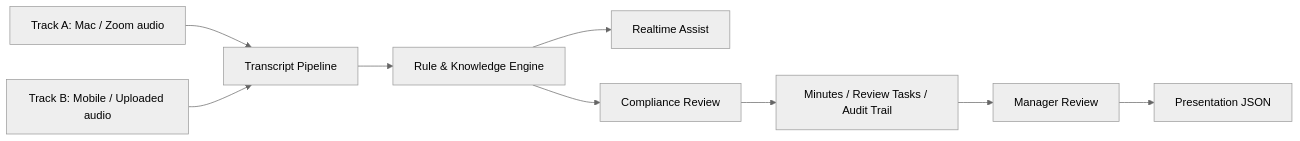
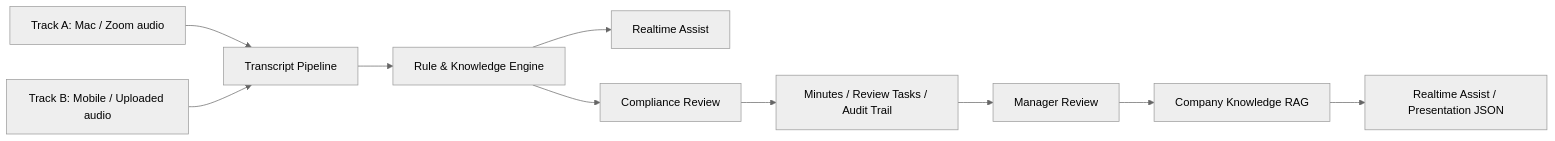
One commit to Shibayu-11/sales-talk changed the diagram in docs/two-track-development-plan.md. Above: the diagram before and after it, drawn with Mermaid (neutral theme). The commit also changed other lines of this file and 30 other files, not shown here.

Commit message:
feat: add company knowledge learning loop

````diff
--- a/docs/two-track-development-plan.md
+++ b/docs/two-track-development-plan.md
@@ -42,11 +43,12 @@
 ```mermaid
 flowchart LR
   A["Track A: Mac / Zoom audio"] --> C["Transcript Pipeline"]
   B["Track B: Mobile / Uploaded audio"] --> C
   C --> D["Rule & Knowledge Engine"]
   D --> E["Realtime Assist"]
   D --> F["Compliance Review"]
   F --> G["Minutes / Review Tasks / Audit Trail"]
   G --> H["Manager Review"]
-  H --> I["Presentation JSON"]
+  H --> I["Company Knowledge RAG"]
+  I --> J["Realtime Assist / Presentation JSON"]
 ```
````
